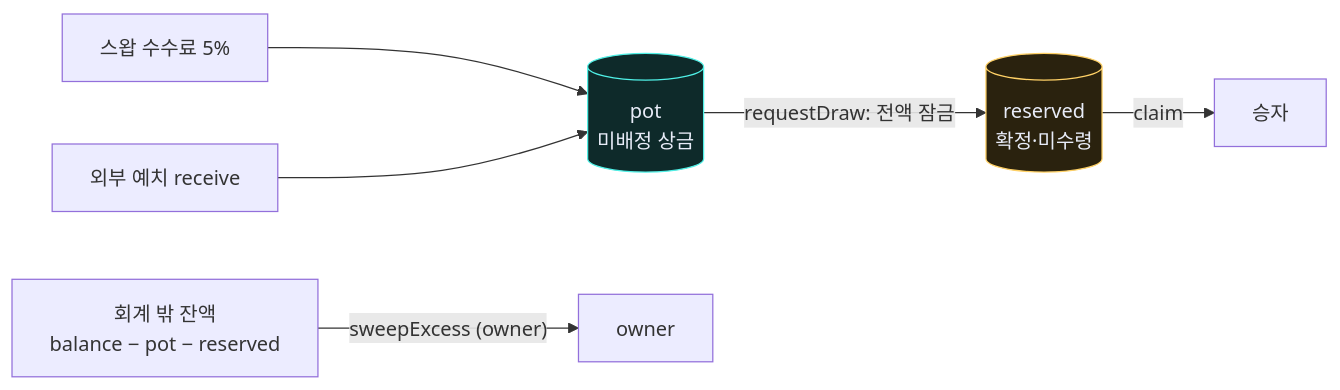
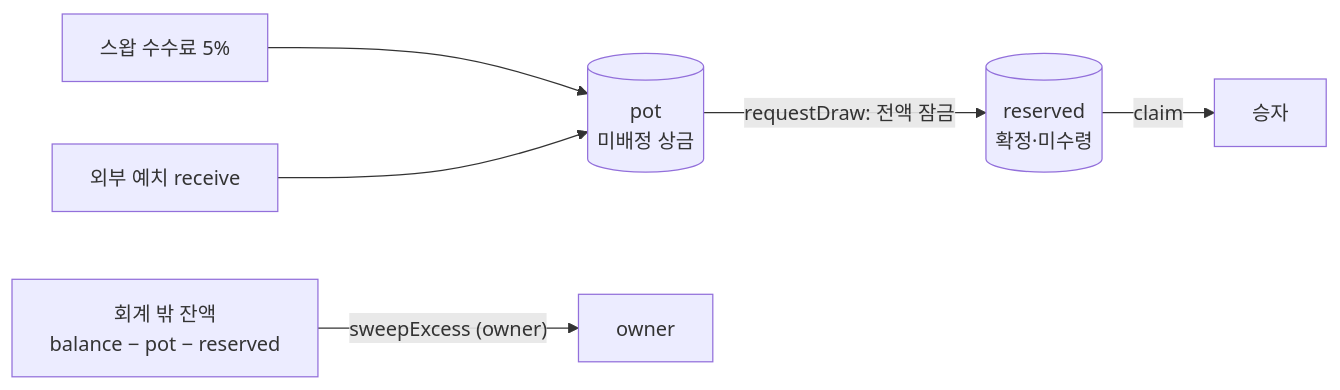
One commit to DongYun22/Uniswap-V4-lotteryContract changed the fourth of 4 diagrams in README.md. Above: the diagram before and after it, drawn with Mermaid. The commit also changed other lines of this file, not shown here.

````diff
--- a/README.md
+++ b/README.md
@@ -114,11 +111,9 @@
 ```mermaid
 flowchart LR
     F[스왑 수수료 5%] --> P[(pot<br/>미배정 상금)]
     D[외부 예치 receive] --> P
     P -- "requestDraw: 전액 잠금" --> RS[(reserved<br/>확정·미수령)]
     RS -- "claim" --> W[승자]
     X[회계 밖 잔액<br/>balance − pot − reserved] -- "sweepExcess (owner)" --> O[owner]
 
-    style P fill:#0e2a2a,stroke:#4ff0e6,color:#e8ecf8
-    style RS fill:#2a220e,stroke:#ffd166,color:#e8ecf8
 ```
````
